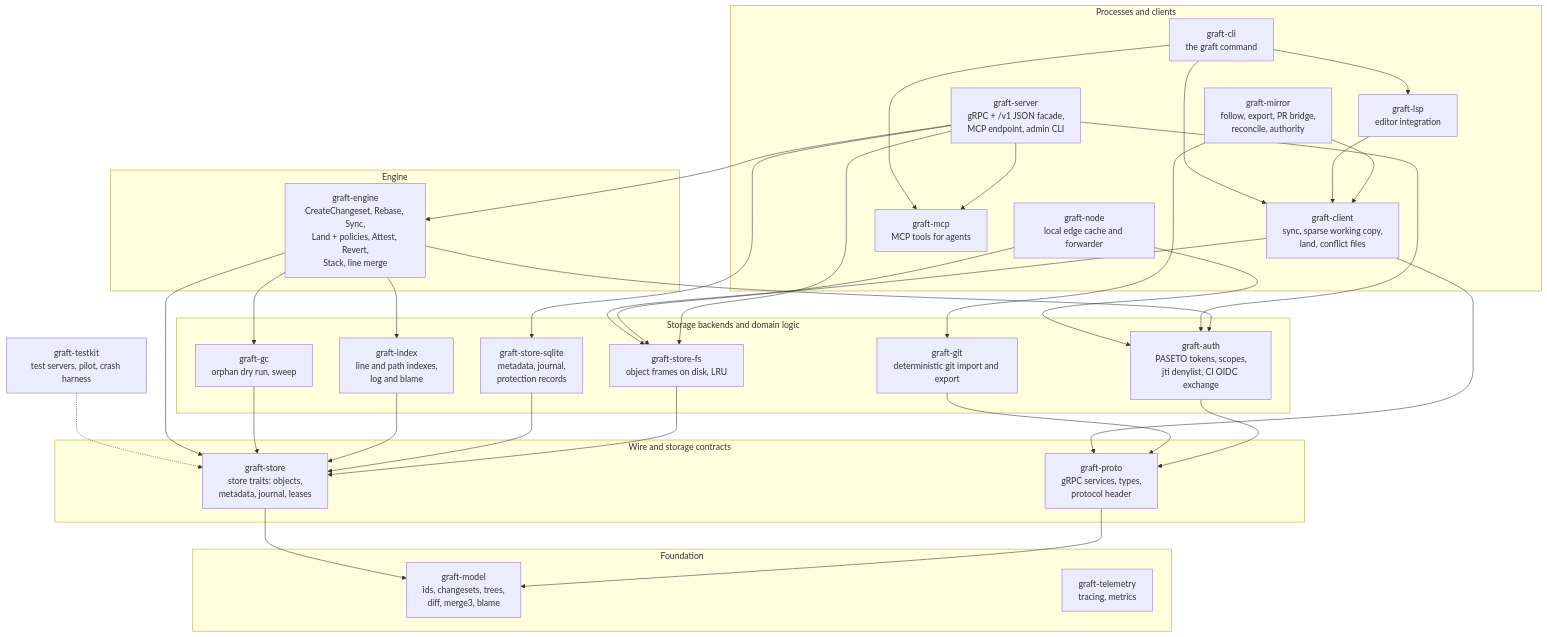
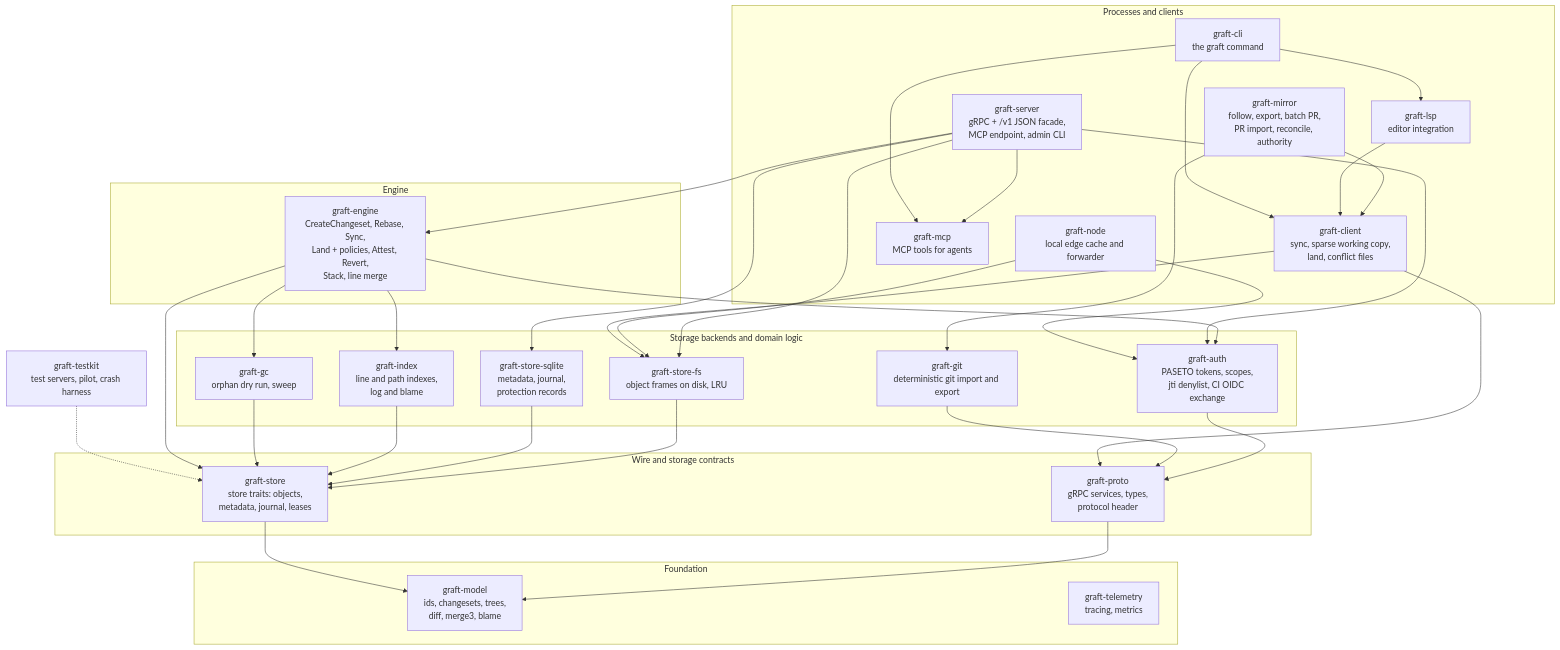
Before and after one commit to TheDancingDeveloper-org/graft: the first of 9 diagrams in docs/architecture.md, drawn with Mermaid. The commit also changed other lines of this file and 19 other files, not shown here.

First line of the commit message:
graft-mirror: delete the unreachable PR bridge module and bridge table (WI-2320)

````diff
--- a/docs/architecture.md
+++ b/docs/architecture.md
@@ -26,54 +26,54 @@
 ```mermaid
 flowchart TB
   subgraph L0["Foundation"]
     model["graft-model<br/>ids, changesets, trees,<br/>diff, merge3, blame"]
     telemetry["graft-telemetry<br/>tracing, metrics"]
   end
 
   subgraph L1["Wire and storage contracts"]
     proto["graft-proto<br/>gRPC services, types,<br/>protocol header"]
     store["graft-store<br/>store traits: objects,<br/>metadata, journal, leases"]
   end
 
   subgraph L2["Storage backends and domain logic"]
     storefs["graft-store-fs<br/>object frames on disk, LRU"]
     storesql["graft-store-sqlite<br/>metadata, journal,<br/>protection records"]
     auth["graft-auth<br/>PASETO tokens, scopes,<br/>jti denylist, CI OIDC exchange"]
     index["graft-index<br/>line and path indexes,<br/>log and blame"]
     gc["graft-gc<br/>orphan dry run, sweep"]
     git["graft-git<br/>deterministic git import and export"]
   end
 
   subgraph L3["Engine"]
     engine["graft-engine<br/>CreateChangeset, Rebase, Sync,<br/>Land + policies, Attest, Revert,<br/>Stack, line merge"]
   end
 
   subgraph L4["Processes and clients"]
     server["graft-server<br/>gRPC + /v1 JSON facade,<br/>MCP endpoint, admin CLI"]
     node["graft-node<br/>local edge cache and forwarder"]
     client["graft-client<br/>sync, sparse working copy,<br/>land, conflict files"]
-    mirror["graft-mirror<br/>follow, export, PR bridge,<br/>reconcile, authority"]
+    mirror["graft-mirror<br/>follow, export, batch PR,<br/>PR import, reconcile, authority"]
     mcp["graft-mcp<br/>MCP tools for agents"]
     lsp["graft-lsp<br/>editor integration"]
     cli["graft-cli<br/>the graft command"]
   end
 
   testkit["graft-testkit<br/>test servers, pilot, crash harness"]
 
   proto --> model
   store --> model
   storefs --> store
   storesql --> store
   auth --> proto
   index --> store
   gc --> store
   git --> proto
   engine --> auth & index & gc & store
   server --> engine & storefs & storesql & mcp & auth
   node --> auth & storefs
   client --> storefs & proto
   mirror --> client & git
   lsp --> client
   cli --> client & lsp & mcp
   testkit -.-> store
 ```
````
